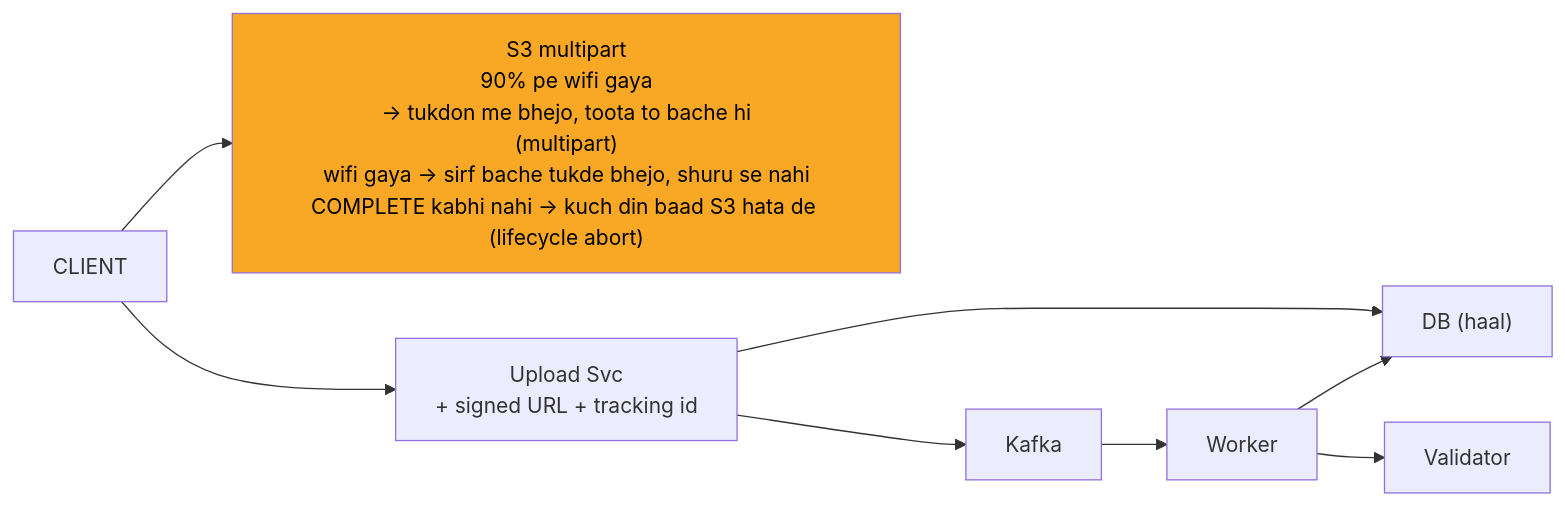
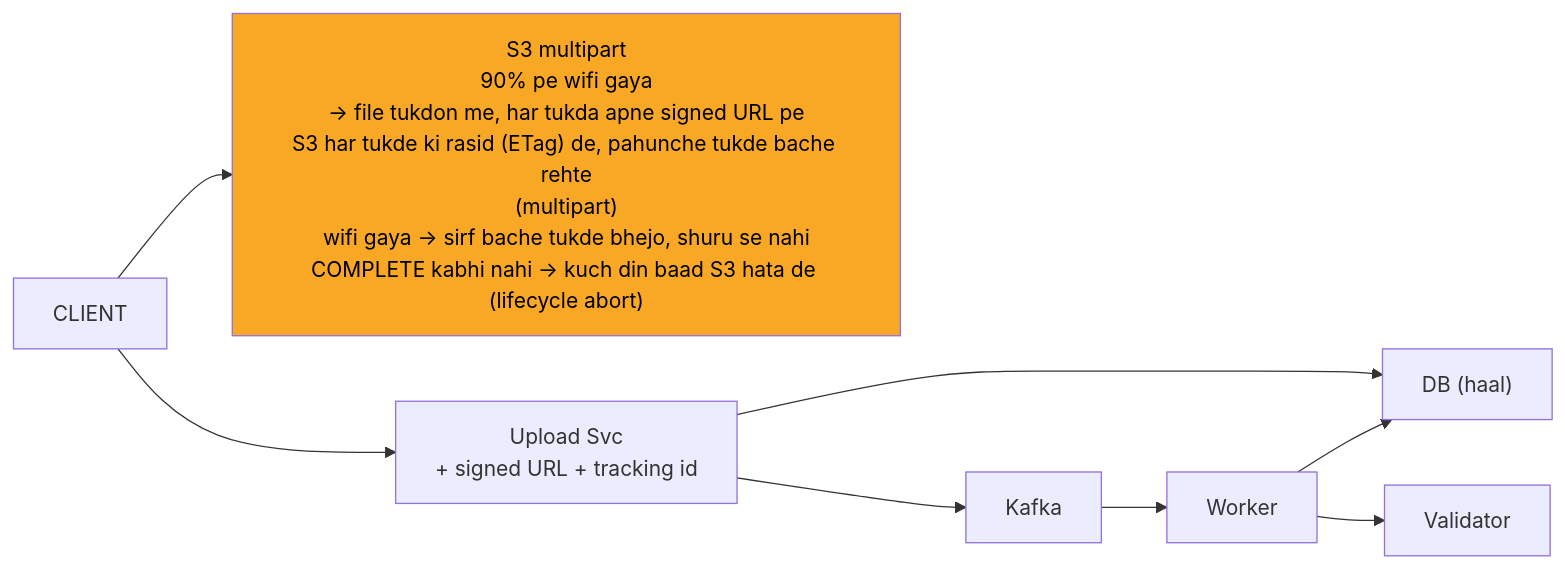
Before and after one commit to ArpanMaheshwari144/Prep: the fourth of 11 diagrams in 04_HLD/SYSTEM_DESIGNS/07_file_upload_validate_system/07_file_upload_INTERVIEW.md, drawn with Mermaid. The commit also changed other lines of this file and 13 other files, not shown here.

````diff
--- a/04_HLD/SYSTEM_DESIGNS/07_file_upload_validate_system/07_file_upload_INTERVIEW.md
+++ b/04_HLD/SYSTEM_DESIGNS/07_file_upload_validate_system/07_file_upload_INTERVIEW.md
@@ -172,19 +175,19 @@
 ```mermaid
 %%{init: {"flowchart": {"wrappingWidth": 450}}}%%
 flowchart LR
     n_CLIENT["CLIENT"]
-    n_S3["S3 multipart<br/>90% pe wifi gaya<br/>-> tukdon me bhejo, toota to bache hi<br/>(multipart)<br/>wifi gaya -> sirf bache tukde bhejo, shuru se nahi<br/>COMPLETE kabhi nahi -> kuch din baad S3 hata de (lifecycle abort)"]
+    n_S3["S3 multipart<br/>90% pe wifi gaya<br/>-> file tukdon me, har tukda apne signed URL pe<br/>S3 har tukde ki rasid (ETag) de, pahunche tukde bache rehte<br/>(multipart)<br/>wifi gaya -> sirf bache tukde bhejo, shuru se nahi<br/>COMPLETE kabhi nahi -> kuch din baad S3 hata de (lifecycle abort)"]
     n_Upload_Svc["Upload Svc<br/>+ signed URL + tracking id"]
     n_DB["DB (haal)"]
     n_Kafka["Kafka"]
     n_Worker["Worker"]
     n_Validator["Validator"]
     n_CLIENT --> n_S3
     n_CLIENT --> n_Upload_Svc
     n_Upload_Svc --> n_DB
     n_Upload_Svc --> n_Kafka
     n_Kafka --> n_Worker
     n_Worker --> n_Validator
     n_Worker --> n_DB
     style n_S3 fill:#f9a825,color:#000
 ```
````
